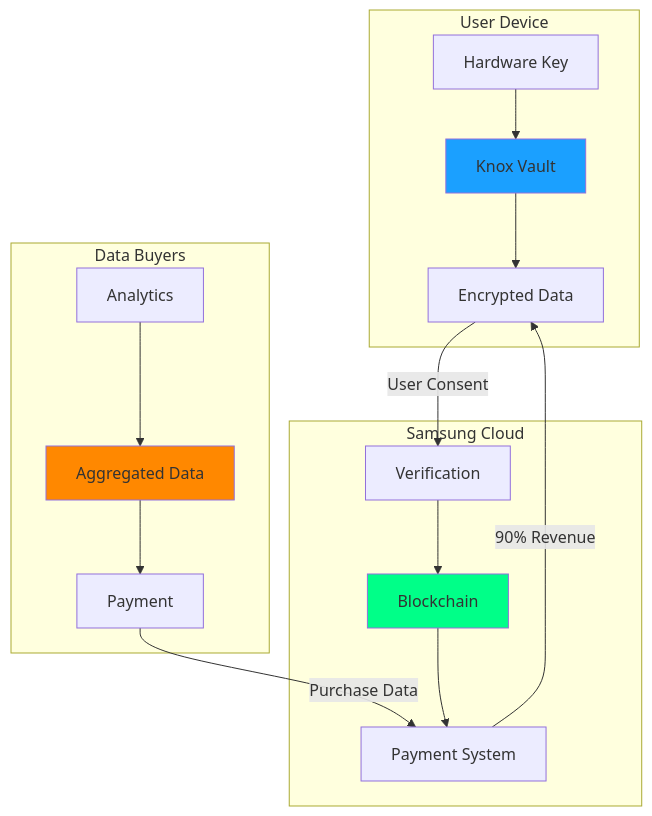
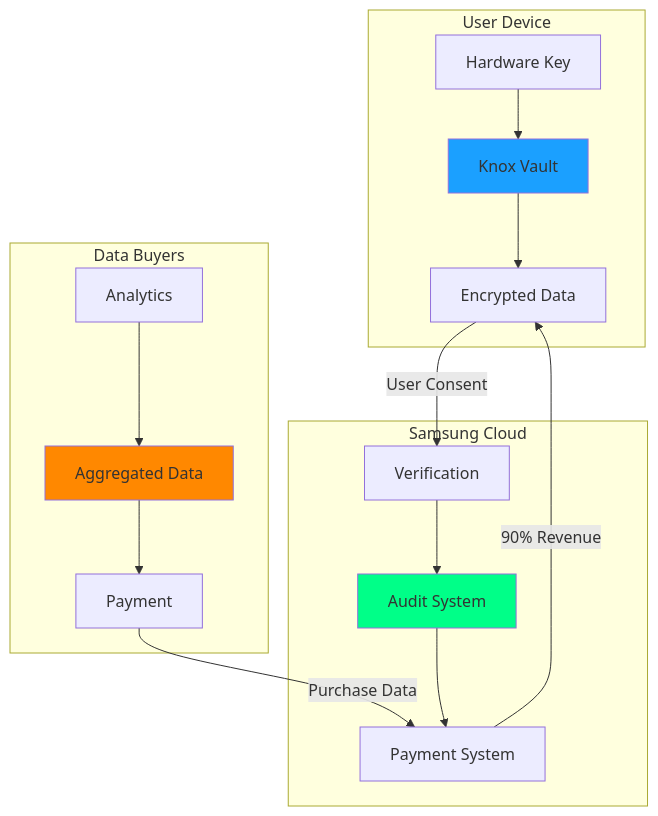
One commit to yxl74/AI_PITCH changed the ninth of 12 diagrams in pitch.md. Above: the diagram before and after it, drawn with Mermaid. The commit also changed other lines of this file, not shown here.

````diff
--- a/pitch.md
+++ b/pitch.md
@@ -215,34 +271,34 @@
 ```mermaid
 flowchart TB
     subgraph "User Device"
         A[Knox Vault]
         B[Hardware Key]
         C[Encrypted Data]
         B --> A
         A --> C
     end
     
     subgraph "Samsung Cloud"
         D[Verification]
-        E[Blockchain]
+        E[Audit System]
         F[Payment System]
         D --> E
         E --> F
     end
     
     subgraph "Data Buyers"
         G[Analytics]
         H[Aggregated Data]
         I[Payment]
         G --> H
         H --> I
     end
     
     C -->|User Consent| D
     F -->|90% Revenue| C
     I -->|Purchase Data| F
     
     style A fill:#1ba0ff
     style E fill:#00ff88
     style H fill:#ff8800
 ```
````
